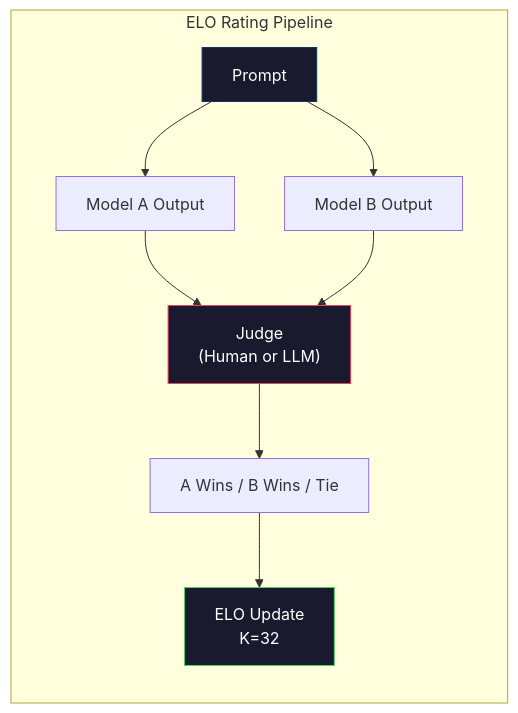
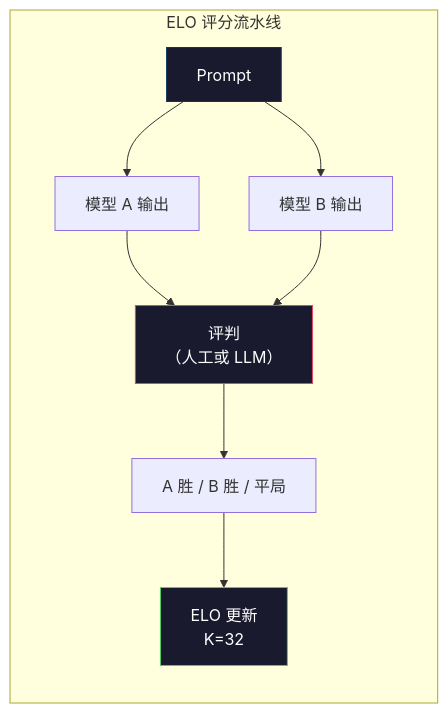
Before and after one commit to alessandrodinisio-ai/ai-engineering-learning-framework: the second of 2 diagrams in phases/10-llms-from-scratch/10-evaluation/docs/zh.md, drawn with Mermaid. The commit also changed other lines of this file and 120 other files, not shown here.

First line of the commit message:
i18n(mermaid): 337 个 mermaid 图表标签中文化

````diff
--- a/phases/10-llms-from-scratch/10-evaluation/docs/zh.md
+++ b/phases/10-llms-from-scratch/10-evaluation/docs/zh.md
@@ -92,16 +92,16 @@
 ```mermaid
 graph LR
-    subgraph ELO["ELO Rating Pipeline"]
+    subgraph ELO["ELO 评分流水线"]
         direction TB
-        P["Prompt"] --> MA["Model A Output"]
-        P --> MB["Model B Output"]
-        MA --> J["Judge\n(Human or LLM)"]
+        P["Prompt"] --> MA["模型 A 输出"]
+        P --> MB["模型 B 输出"]
+        MA --> J["评判\n（人工或 LLM）"]
         MB --> J
-        J --> W["A Wins / B Wins / Tie"]
-        W --> E["ELO Update\nK=32"]
+        J --> W["A 胜 / B 胜 / 平局"]
+        W --> E["ELO 更新\nK=32"]
     end
 
     style P fill:#1a1a2e,stroke:#0f3460,color:#fff
     style J fill:#1a1a2e,stroke:#e94560,color:#fff
     style E fill:#1a1a2e,stroke:#51cf66,color:#fff
 ```
````
